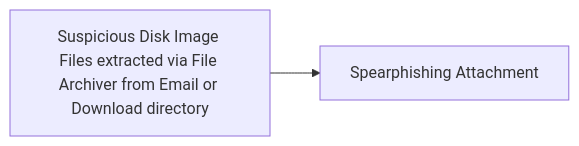
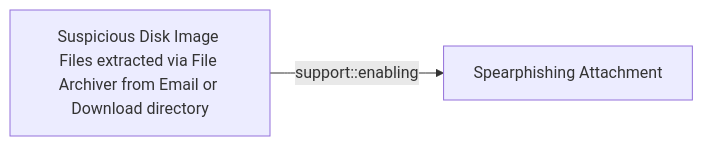
Before and after one commit to opentidehq/library: the diagram in docs/threats/suspicious-disk-image-files-extracted-via-file-archiver-from-email-or-download-directory.md, drawn with Mermaid. The commit also changed other lines of this file and 277 other files, not shown here.

````diff
--- a/docs/threats/suspicious-disk-image-files-extracted-via-file-archiver-from-email-or-download-directory.md
+++ b/docs/threats/suspicious-disk-image-files-extracted-via-file-archiver-from-email-or-download-directory.md
@@ -31,6 +73,6 @@
 ```mermaid
 flowchart LR
 ebdf49a9_52cb_43a5_8849_8110765f4fe1["Suspicious Disk Image Files extracted via File Archiver from Email or Download directory"]
 dd5d942c_bac4_4000_b9a6_ca4fef6cfb84["Spearphishing Attachment"]
-ebdf49a9_52cb_43a5_8849_8110765f4fe1 --> dd5d942c_bac4_4000_b9a6_ca4fef6cfb84
+ebdf49a9_52cb_43a5_8849_8110765f4fe1 -->|support::enabling| dd5d942c_bac4_4000_b9a6_ca4fef6cfb84
 ```
````
